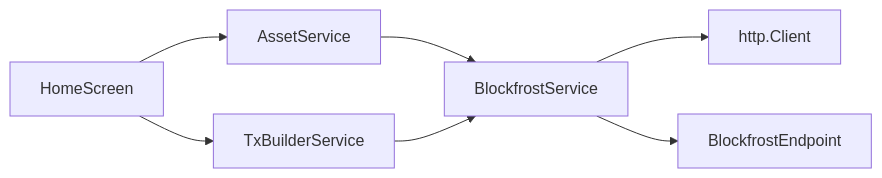
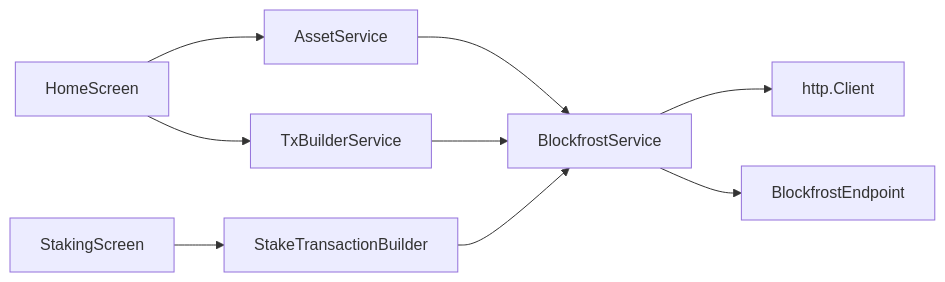
The sixth of 6 diagrams in .qoder/repowiki/zh/content/核心服务/区块链交互服务.md (EqualToEthan/stasis), drawn with Mermaid before and after one commit. The commit also changed other lines of this file and 60 other files, not shown here.

````diff
--- a/.qoder/repowiki/zh/content/核心服务/区块链交互服务.md
+++ b/.qoder/repowiki/zh/content/核心服务/区块链交互服务.md
@@ -253,9 +291,11 @@
 ```mermaid
 graph LR
 HS["HomeScreen"] --> AS["AssetService"]
 HS --> TS["TxBuilderService"]
+SS["StakingScreen"] --> STB["StakeTransactionBuilder"]
 AS --> BS["BlockfrostService"]
 TS --> BS
+STB --> BS
 BS --> HTTP["http.Client"]
 BS --> END["BlockfrostEndpoint"]
 ```
````
